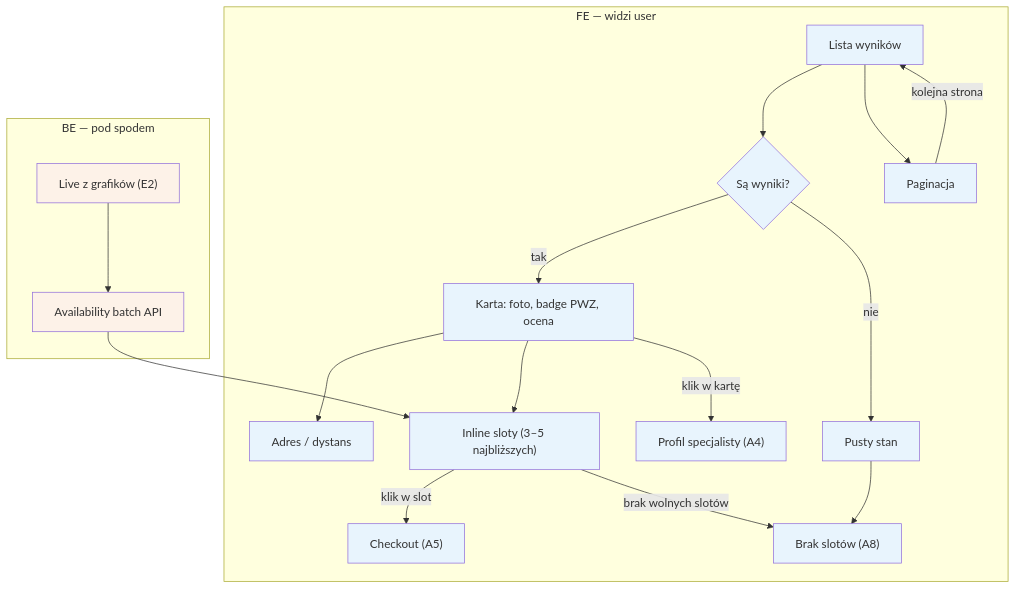
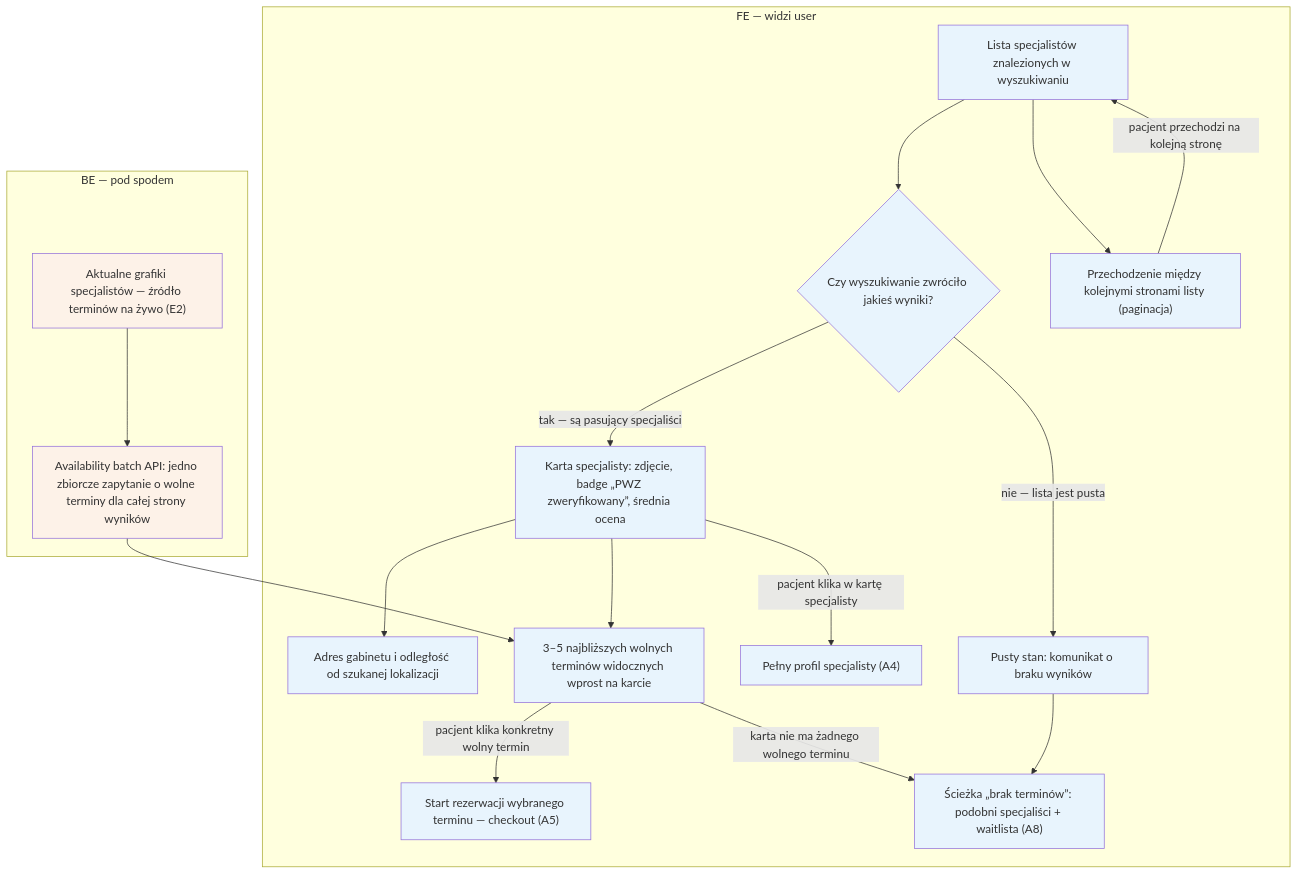
The diagram in diagrams/a-pacjent-public/a3-lista-wynikow.md (QooperBoy/medivo_portal), drawn with Mermaid before and after one commit. The commit also changed other lines of this file and 47 other files, not shown here.

First line of the commit message:
czytelnosc: pelne etykiety + sekcje Aktorzy i Objasnienie blokow (23 diagramy)

````diff
--- a/diagrams/a-pacjent-public/a3-lista-wynikow.md
+++ b/diagrams/a-pacjent-public/a3-lista-wynikow.md
@@ -3,39 +3,39 @@
 ```mermaid
 flowchart TD
     subgraph FE["FE — widzi user"]
-        LISTA["Lista wyników"]
-        CZY{"Są wyniki?"}
-        KARTA["Karta: foto, badge PWZ, ocena"]
-        ADRES["Adres / dystans"]
-        SLOTY["Inline sloty (3–5 najbliższych)"]
-        PAGINACJA["Paginacja"]
-        PUSTY["Pusty stan"]
-        A4LINK["Profil specjalisty (A4)"]
-        A5LINK["Checkout (A5)"]
-        A8LINK["Brak slotów (A8)"]
+        LISTA["Lista specjalistów znalezionych w wyszukiwaniu"]
+        CZY{"Czy wyszukiwanie zwróciło jakieś wyniki?"}
+        KARTA["Karta specjalisty: zdjęcie, badge „PWZ zweryfikowany”, średnia ocena"]
+        ADRES["Adres gabinetu i odległość od szukanej lokalizacji"]
+        SLOTY["3–5 najbliższych wolnych terminów widocznych wprost na karcie"]
+        PAGINACJA["Przechodzenie między kolejnymi stronami listy (paginacja)"]
+        PUSTY["Pusty stan: komunikat o braku wyników"]
+        A4LINK["Pełny profil specjalisty (A4)"]
+        A5LINK["Start rezerwacji wybranego terminu — checkout (A5)"]
+        A8LINK["Ścieżka „brak terminów”: podobni specjaliści + waitlista (A8)"]
     end
 
     subgraph BE["BE — pod spodem"]
-        AVAIL["Availability batch API"]
-        GRAFIKI["Live z grafików (E2)"]
+        AVAIL["Availability batch API: jedno zbiorcze zapytanie o wolne terminy dla całej strony wyników"]
+        GRAFIKI["Aktualne grafiki specjalistów — źródło terminów na żywo (E2)"]
     end
 
     LISTA --> CZY
-    CZY -->|"tak"| KARTA
-    CZY -->|"nie"| PUSTY
+    CZY -->|"tak — są pasujący specjaliści"| KARTA
+    CZY -->|"nie — lista jest pusta"| PUSTY
     KARTA --> ADRES
     KARTA --> SLOTY
     GRAFIKI --> AVAIL
     AVAIL --> SLOTY
-    KARTA -->|"klik w kartę"| A4LINK
-    SLOTY -->|"klik w slot"| A5LINK
-    SLOTY -->|"brak wolnych slotów"| A8LINK
+    KARTA -->|"pacjent klika w kartę specjalisty"| A4LINK
+    SLOTY -->|"pacjent klika konkretny wolny termin"| A5LINK
+    SLOTY -->|"karta nie ma żadnego wolnego terminu"| A8LINK
     PUSTY --> A8LINK
     LISTA --> PAGINACJA
-    PAGINACJA -->|"kolejna strona"| LISTA
+    PAGINACJA -->|"pacjent przechodzi na kolejną stronę"| LISTA
 
     classDef fe fill:#e8f4fd
     classDef be fill:#fdf2e8
     class LISTA,CZY,KARTA,ADRES,SLOTY,PAGINACJA,PUSTY,A4LINK,A5LINK,A8LINK fe
     class AVAIL,GRAFIKI be
 ```
````
